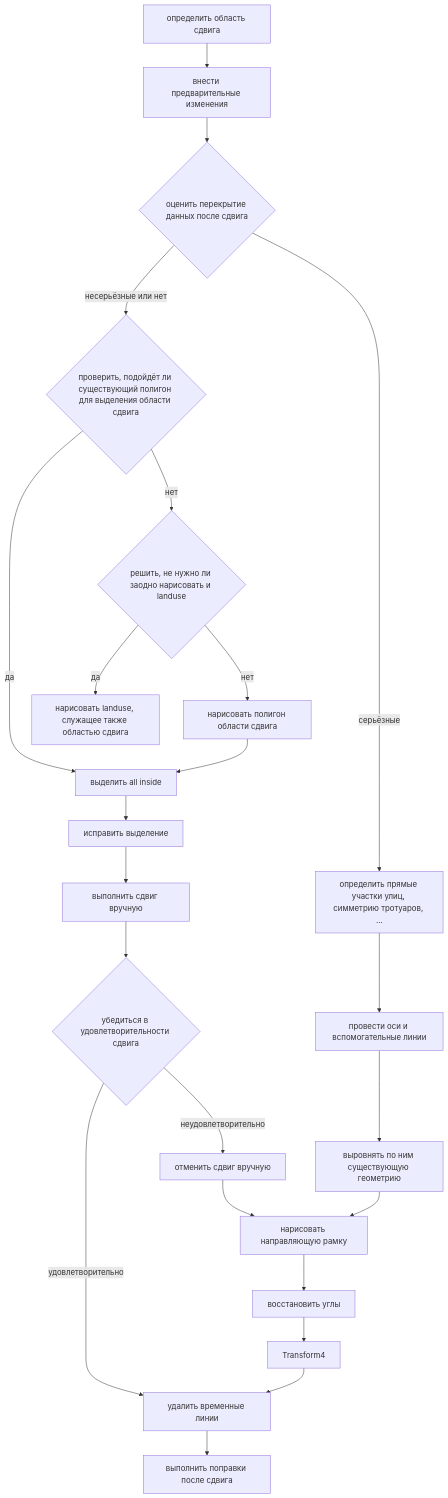
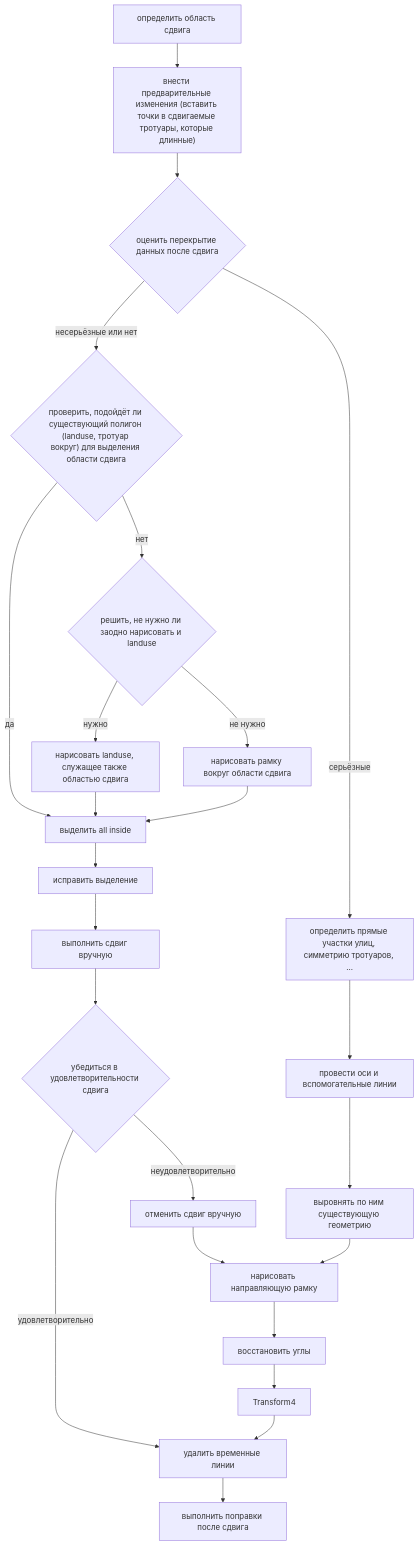
One commit to AntonKhorev/osm-block-shift changed the diagram in chapters/4-actions.md. Above: the diagram before and after it, drawn with Mermaid. The commit also changed 4 other files, not shown here.

Commit message:
Add some links to flowchart

````diff
--- a/chapters/4-actions.md
+++ b/chapters/4-actions.md
@@ -49,25 +49,30 @@
 ```mermaid
 graph TD
-decideArea[определить область сдвига] --> makePreliminaryChanges[внести предварительные изменения]
+decideArea[определить область сдвига] --> makePreliminaryChanges["внести предварительные изменения (вставить точки в сдвигаемые тротуары, которые длинные)"]
+click decideArea "../5-area/"
 makePreliminaryChanges --> estimateOverlap{оценить перекрытие данных после сдвига}
-estimateOverlap --> |несерьёзные или нет| checkExistingPolygon{проверить, подойдёт ли существующий полигон для выделения области сдвига}
+estimateOverlap --> |несерьёзные или нет| checkExistingPolygon{"проверить, подойдёт ли существующий полигон (landuse, тротуар вокруг) для выделения области сдвига"}
+click checkExistingPolygon "../6-select/#use-existing-way"
 checkExistingPolygon --> |да| selectAllInside[выделить all inside]
 checkExistingPolygon --> |нет| decideLanduse{решить, не нужно ли заодно нарисовать и landuse}
-decideLanduse --> |да| drawLanduse[нарисовать landuse, служащее также областью сдвига]
-decideLanduse --> |нет| drawArea[нарисовать полигон области сдвига]
-drawArea --> selectAllInside
+decideLanduse --> |нужно| drawLanduse[нарисовать landuse, служащее также областью сдвига]
+click drawLanduse "../7-landuse/"
+drawLanduse --> selectAllInside
+decideLanduse --> |не нужно| drawFrame[нарисовать рамку вокруг области сдвига]
+click drawFrame "../6-select/#draw-frame"
+drawFrame --> selectAllInside
 selectAllInside --> fixSelection[исправить выделение]
 fixSelection --> doManualShift[выполнить сдвиг вручную]
 doManualShift --> evaluateManualShift{убедиться в удовлетворительности сдвига}
 evaluateManualShift --> |удовлетворительно| deleteTempLines[удалить временные линии]
 evaluateManualShift --> |неудовлетворительно| cancelManualShift[отменить сдвиг вручную]
 cancelManualShift --> drawGuides[нарисовать направляющую рамку]
 estimateOverlap --> |серьёзные| determineStraightSections[определить прямые участки улиц, симметрию тротуаров, ...]
 determineStraightSections --> drawAxes[провести оси и вспомогательные линии]
 drawAxes --> alignExistingGeometry[выровнять по ним существующую геометрию]
 alignExistingGeometry --> drawGuides
 drawGuides --> restoreCorners[восстановить углы]
 restoreCorners --> transform[Transform4]
 transform --> deleteTempLines
 deleteTempLines --> fixAfterShift[выполнить поправки после сдвига]
 ```
````
